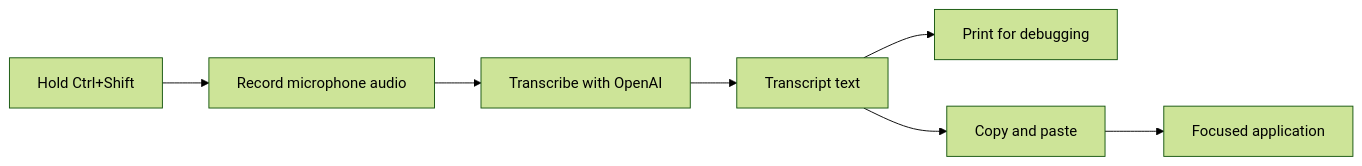
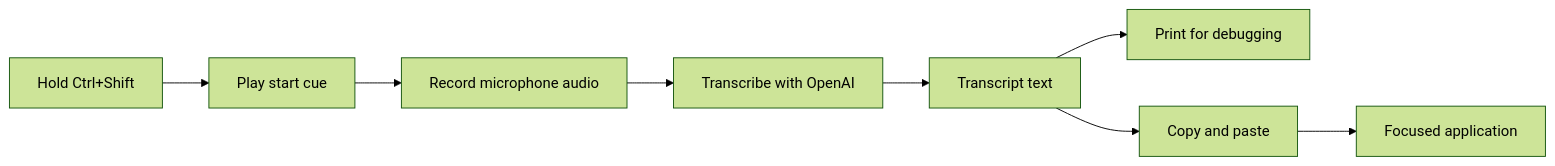
Before and after one commit to M-edY/Voicer: the diagram in README.md, drawn with Mermaid (forest theme). The commit also changed other lines of this file and 7 other files, not shown here.

````diff
--- a/README.md
+++ b/README.md
@@ -47,9 +48,10 @@
 ```mermaid
 flowchart LR
-    Hotkey[Hold Ctrl+Shift] --> Recorder[Record microphone audio]
+    Hotkey[Hold Ctrl+Shift] --> Cue[Play start cue]
+    Cue --> Recorder[Record microphone audio]
     Recorder --> Transcriber[Transcribe with OpenAI]
     Transcriber --> Text[Transcript text]
     Text --> Terminal[Print for debugging]
     Text --> Paster[Copy and paste]
     Paster --> App[Focused application]
 ```
````
